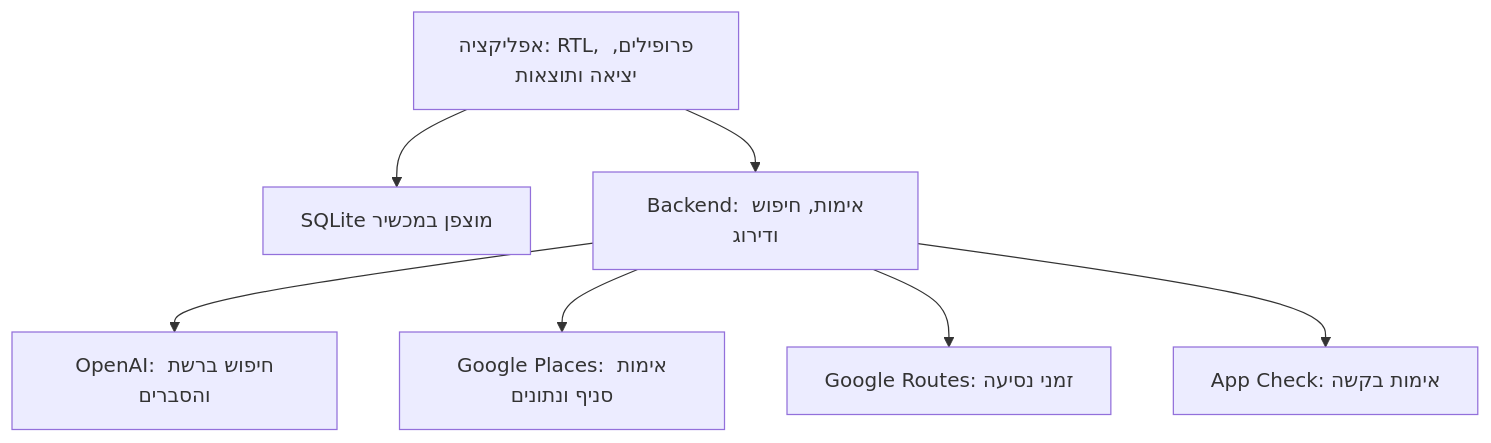
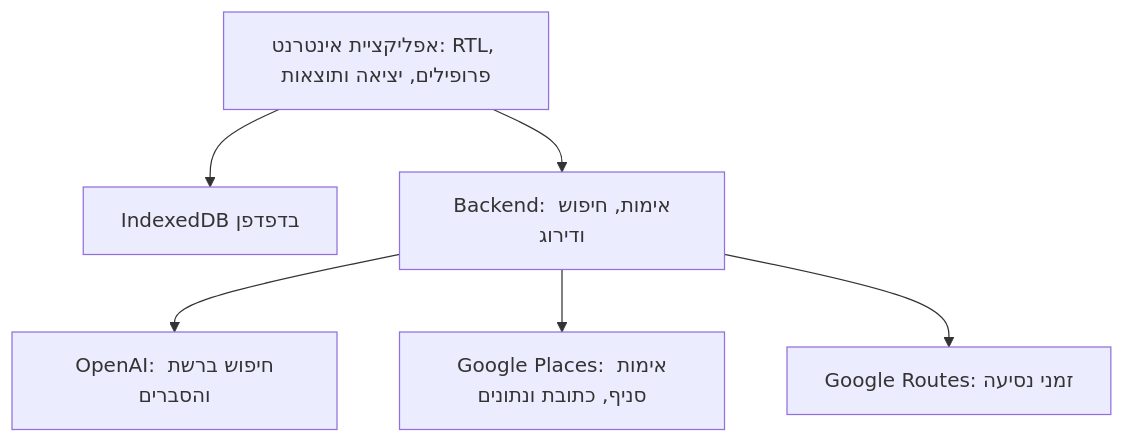
One commit to dftgo/RestCommend changed the diagram in spec/ARCHITECTURE.md. Above: the diagram before and after it, drawn with Mermaid. The commit also changed other lines of this file and 3 other files, not shown here.

````diff
--- a/spec/ARCHITECTURE.md
+++ b/spec/ARCHITECTURE.md
@@ -45,9 +44,8 @@
 ```mermaid
 flowchart TD
-    A["אפליקציה: RTL, פרופילים, יציאה ותוצאות"] --> B["SQLite מוצפן במכשיר"]
+    A["אפליקציית אינטרנט: RTL, פרופילים, יציאה ותוצאות"] --> B["IndexedDB בדפדפן"]
     A --> C["Backend: אימות, חיפוש ודירוג"]
     C --> D["OpenAI: חיפוש ברשת והסברים"]
-    C --> E["Google Places: אימות סניף ונתונים"]
+    C --> E["Google Places: אימות סניף, כתובת ונתונים"]
     C --> F["Google Routes: זמני נסיעה"]
-    C --> G["App Check: אימות בקשה"]
 ```
````
